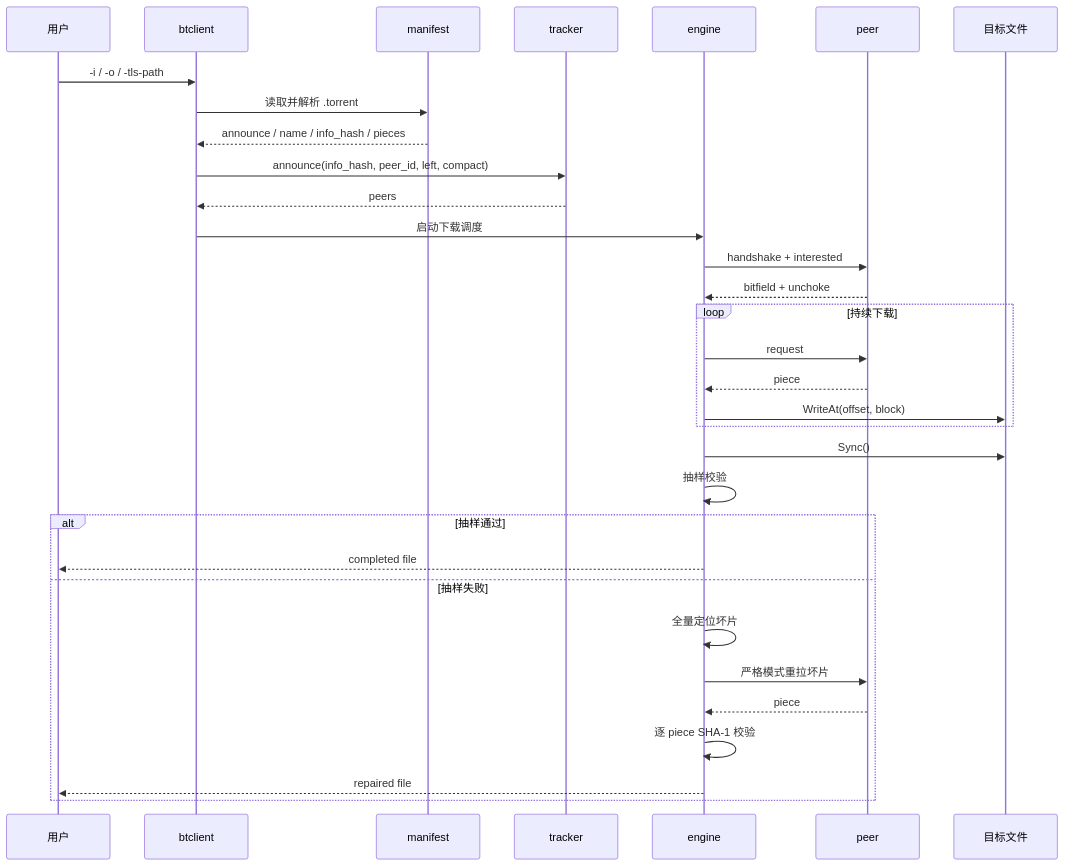
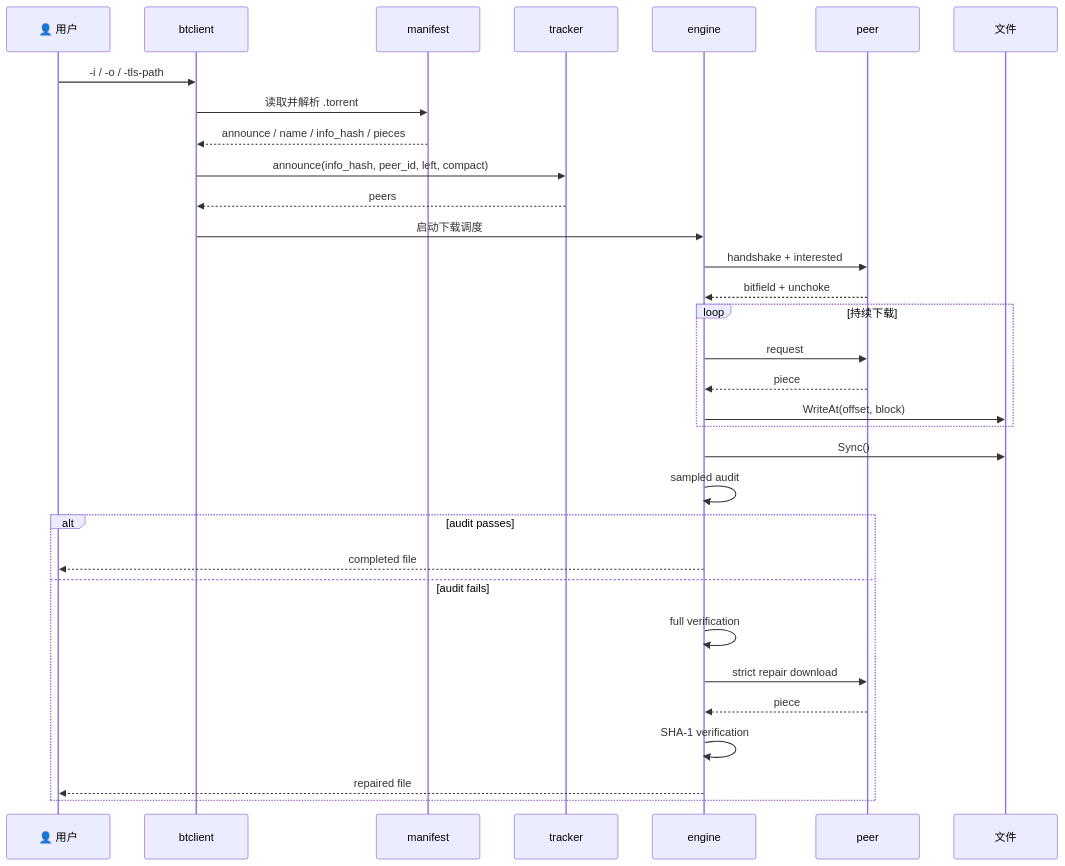
The sixth of 7 diagrams in README.md (SimonMing47/BitTorrent), drawn with Mermaid before and after one commit. The commit also changed other lines of this file, not shown here.

````diff
--- a/README.md
+++ b/README.md
@@ -253,35 +357,35 @@
 ```mermaid
 sequenceDiagram
-    participant User as 用户
+    participant User as 👤 用户
     participant CLI as btclient
     participant Manifest as manifest
     participant Tracker as tracker
     participant Engine as engine
     participant Peer as peer
-    participant File as 目标文件
+    participant File as 文件
 
     User->>CLI: -i / -o / -tls-path
     CLI->>Manifest: 读取并解析 .torrent
     Manifest-->>CLI: announce / name / info_hash / pieces
     CLI->>Tracker: announce(info_hash, peer_id, left, compact)
     Tracker-->>CLI: peers
     CLI->>Engine: 启动下载调度
     Engine->>Peer: handshake + interested
     Peer-->>Engine: bitfield + unchoke
     loop 持续下载
         Engine->>Peer: request
         Peer-->>Engine: piece
         Engine->>File: WriteAt(offset, block)
     end
     Engine->>File: Sync()
-    Engine->>Engine: 抽样校验
-    alt 抽样通过
+    Engine->>Engine: sampled audit
+    alt audit passes
         Engine-->>User: completed file
-    else 抽样失败
-        Engine->>Engine: 全量定位坏片
-        Engine->>Peer: 严格模式重拉坏片
+    else audit fails
+        Engine->>Engine: full verification
+        Engine->>Peer: strict repair download
         Peer-->>Engine: piece
-        Engine->>Engine: 逐 piece SHA-1 校验
+        Engine->>Engine: SHA-1 verification
         Engine-->>User: repaired file
     end
 ```
````
